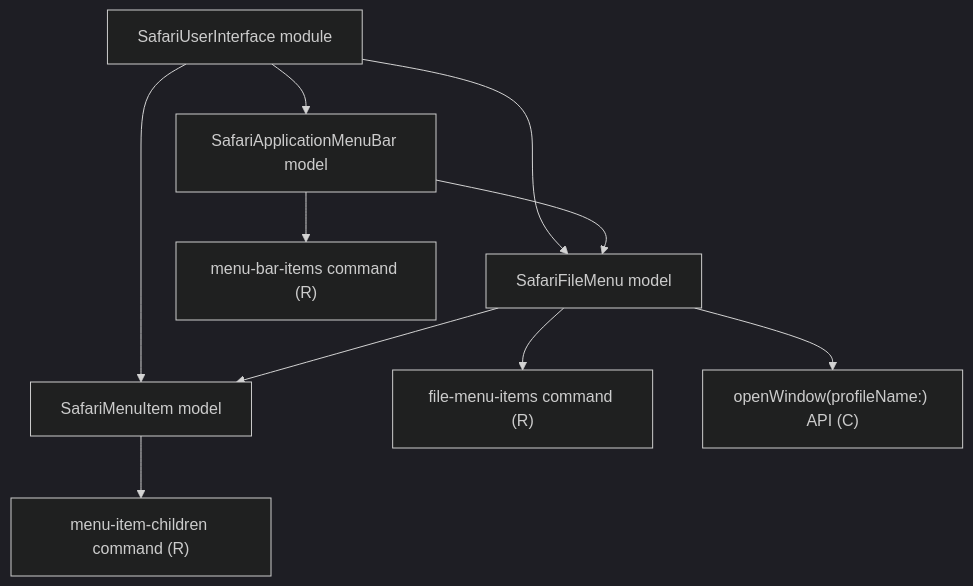
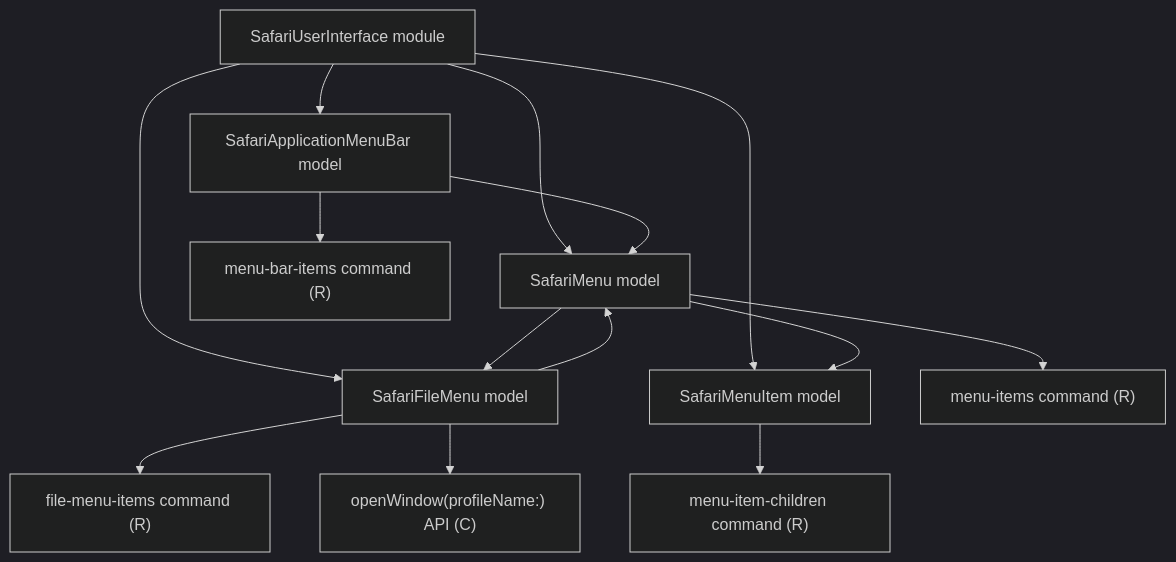
One commit to Glutexo/computer-automation changed the diagram in docs/safari-user-interface-models.md. Above: the diagram before and after it, drawn with Mermaid (dark theme). The commit also changed other lines of this file and 11 other files, not shown here.

Commit message:
refactor: add general safari menu model

````diff
--- a/docs/safari-user-interface-models.md
+++ b/docs/safari-user-interface-models.md
@@ -22,21 +24,27 @@
 ```mermaid
 flowchart TD
     SafariUI["SafariUserInterface module"]
     SafariMenuBar["SafariApplicationMenuBar model"]
+    SafariMenu["SafariMenu model"]
     SafariFileMenu["SafariFileMenu model"]
     SafariMenuItem["SafariMenuItem model"]
     MenuBarItems["menu-bar-items command (R)"]
+    MenuItems["menu-items command (R)"]
     FileMenuItems["file-menu-items command (R)"]
     MenuItemChildren["menu-item-children command (R)"]
     OpenWindow["openWindow(profileName:) API (C)"]
 
     SafariUI --> SafariMenuBar
+    SafariUI --> SafariMenu
     SafariUI --> SafariFileMenu
     SafariUI --> SafariMenuItem
-    SafariMenuBar --> SafariFileMenu
+    SafariMenuBar --> SafariMenu
+    SafariMenu --> MenuItems
+    SafariMenu --> SafariFileMenu
     SafariMenuBar --> MenuBarItems
-    SafariFileMenu --> SafariMenuItem
+    SafariFileMenu --> SafariMenu
     SafariFileMenu --> FileMenuItems
     SafariFileMenu --> OpenWindow
+    SafariMenu --> SafariMenuItem
     SafariMenuItem --> MenuItemChildren
 ```
````
